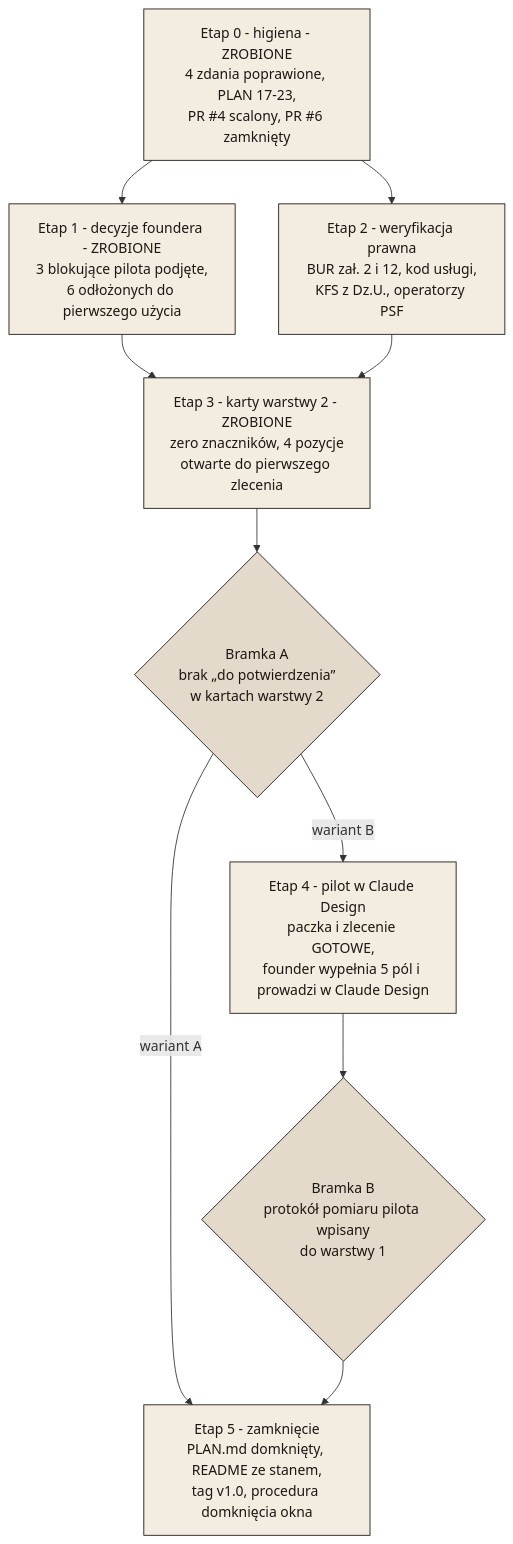
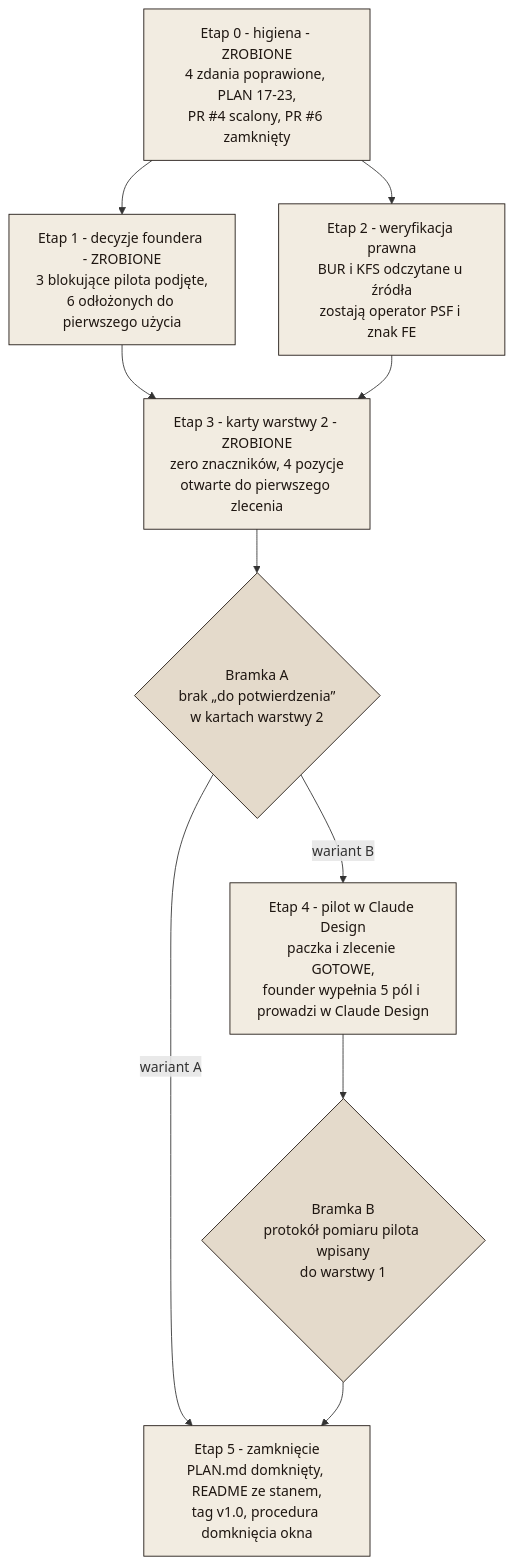
One commit to lukasz-znojek/irn-design-brandbook changed the diagram in MAPA-DROGOWA.md. Above: the diagram before and after it, drawn with Mermaid. The commit also changed other lines of this file and 7 other files, not shown here.

````diff
--- a/MAPA-DROGOWA.md
+++ b/MAPA-DROGOWA.md
@@ -91,31 +100,31 @@
 ```mermaid
 flowchart TD
     S0["Etap 0 - higiena - ZROBIONE<br/>4 zdania poprawione, PLAN 17-23,<br/>PR #4 scalony, PR #6 zamknięty"]
     S1["Etap 1 - decyzje foundera - ZROBIONE<br/>3 blokujące pilota podjęte,<br/>6 odłożonych do pierwszego użycia"]
-    S2["Etap 2 - weryfikacja prawna<br/>BUR zał. 2 i 12, kod usługi,<br/>KFS z Dz.U., operatorzy PSF"]
+    S2["Etap 2 - weryfikacja prawna<br/>BUR i KFS odczytane u źródła<br/>zostają operator PSF i znak FE"]
     S3["Etap 3 - karty warstwy 2 - ZROBIONE<br/>zero znaczników, 4 pozycje<br/>otwarte do pierwszego zlecenia"]
     S4["Etap 4 - pilot w Claude Design<br/>paczka i zlecenie GOTOWE,<br/>founder wypełnia 5 pól i prowadzi w Claude Design"]
     S5["Etap 5 - zamknięcie<br/>PLAN.md domknięty, README ze stanem,<br/>tag v1.0, procedura domknięcia okna"]
 
     G1{"Bramka A<br/>brak „do potwierdzenia”<br/>w kartach warstwy 2"}
     G2{"Bramka B<br/>protokół pomiaru pilota wpisany<br/>do warstwy 1"}
 
     S0 --> S1
     S0 --> S2
     S1 --> S3
     S2 --> S3
     S3 --> G1
     G1 -->|wariant A| S5
     G1 -->|wariant B| S4
     S4 --> G2
     G2 --> S5
 
     style S0 fill:#F2ECE1,stroke:#1E1611,color:#1E1611
     style S1 fill:#F2ECE1,stroke:#1E1611,color:#1E1611
     style S2 fill:#F2ECE1,stroke:#1E1611,color:#1E1611
     style S3 fill:#F2ECE1,stroke:#1E1611,color:#1E1611
     style S4 fill:#F2ECE1,stroke:#1E1611,color:#1E1611
     style S5 fill:#F2ECE1,stroke:#1E1611,color:#1E1611
     style G1 fill:#E4DACB,stroke:#1E1611,color:#1E1611
     style G2 fill:#E4DACB,stroke:#1E1611,color:#1E1611
 ```
````
